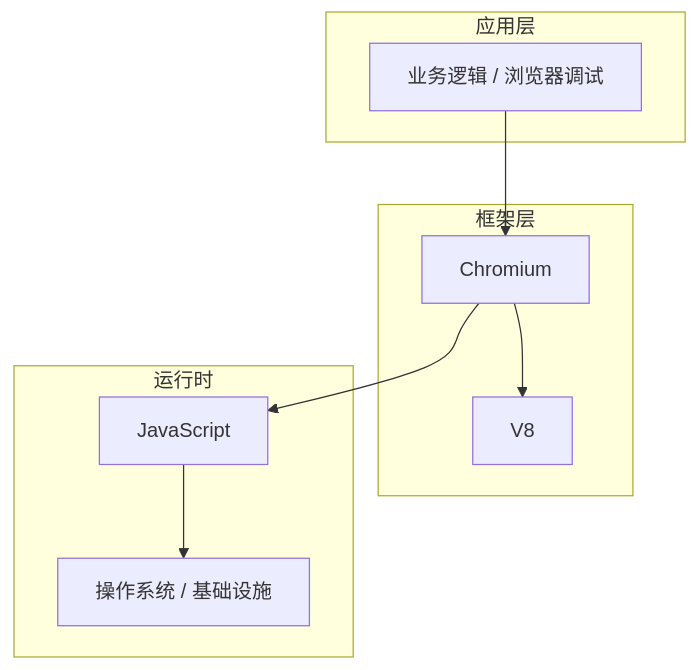
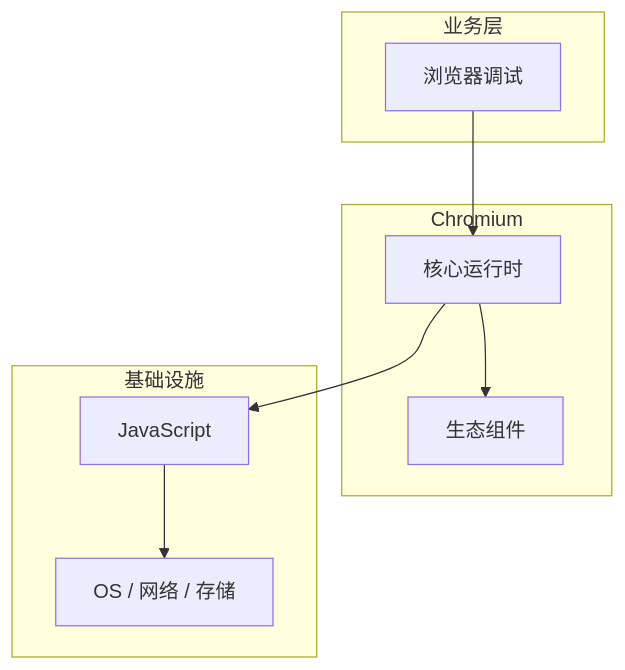
The diagram in articles/浏览器原理/chapters/091-浏览器调试核心概念与原理.md (yanggan2015/knowledge-json-v2), drawn with Mermaid before and after one commit. The commit also changed other lines of this file and 10127 other files, not shown here.

````diff
--- a/articles/浏览器原理/chapters/091-浏览器调试核心概念与原理.md
+++ b/articles/浏览器原理/chapters/091-浏览器调试核心概念与原理.md
@@ -45,18 +34,18 @@
 ```mermaid
 graph TB
-    subgraph 应用层
-        A[业务逻辑 / 浏览器调试]
+    subgraph 业务层
+        A[浏览器调试]
     end
-    subgraph 框架层
-        B[Chromium]
-        C[V8]
+    subgraph Chromium
+        B[核心运行时]
+        C[生态组件]
     end
-    subgraph 运行时
+    subgraph 基础设施
         D[JavaScript]
-        E[操作系统 / 基础设施]
+        E[OS / 网络 / 存储]
     end
     A --> B
     B --> C
     B --> D
     D --> E
 ```
````
